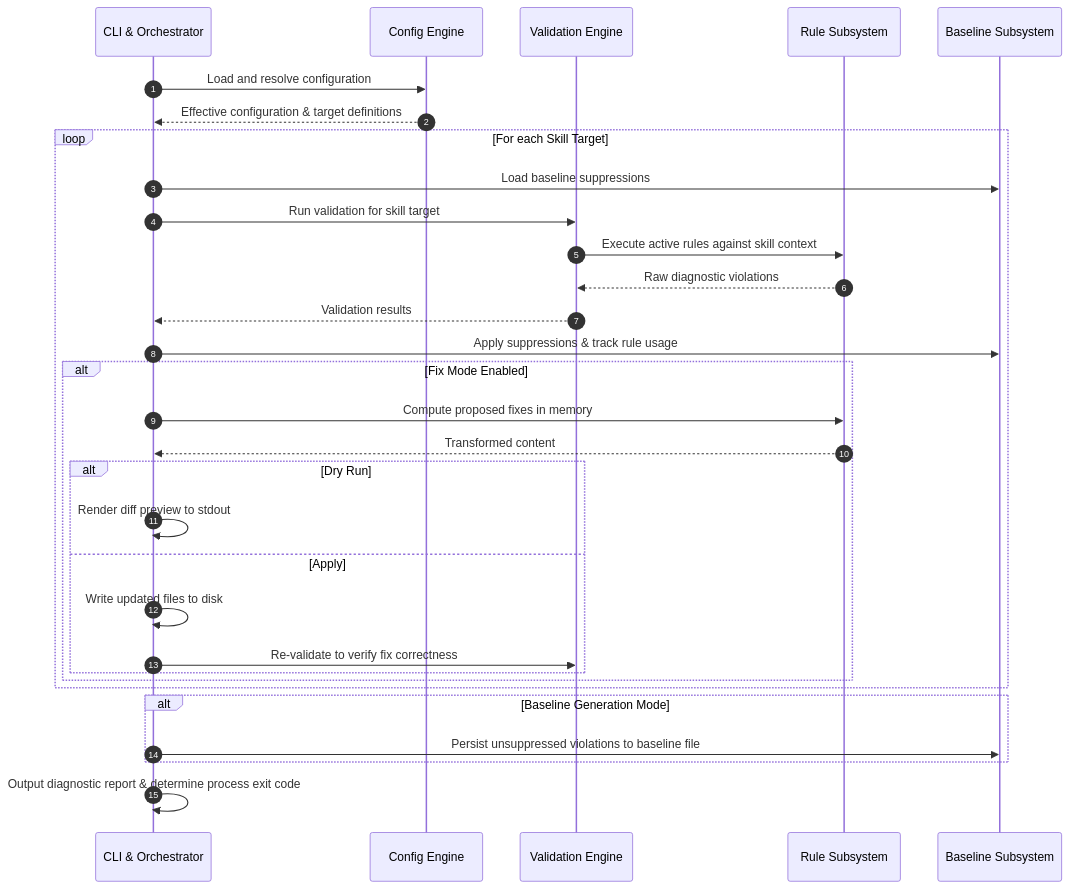
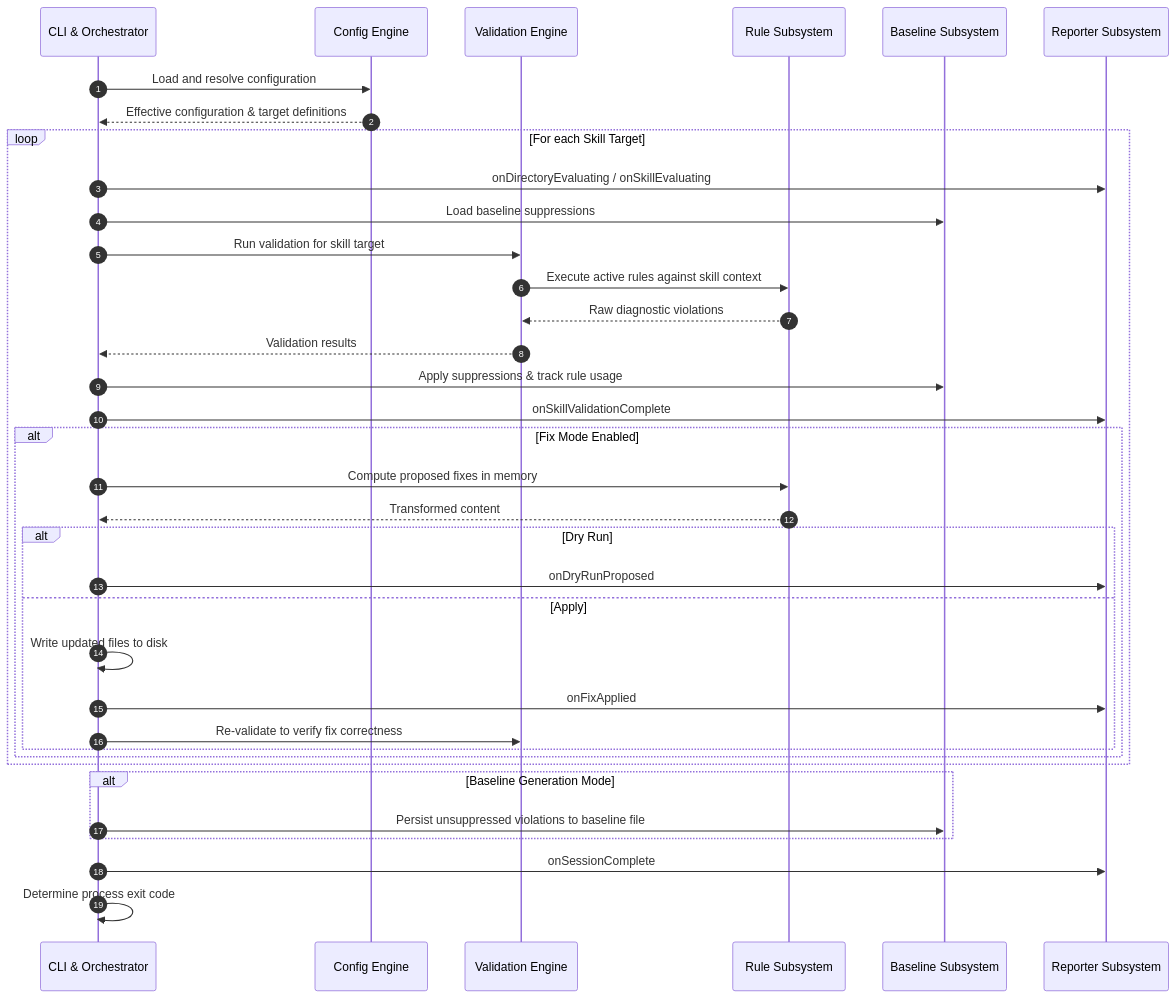
The diagram in packages/skills_lint/documentation/knowledge/architecture_overview.md (google/skills_lint.dart), drawn with Mermaid before and after one commit. The commit also changed other lines of this file and 62 other files, not shown here.

First line of the commit message:
feat(cli): add SARIF 2.1.0 and JSON output formats (--format=sarif|json) (#10) (#28)

````diff
--- a/packages/skills_lint/documentation/knowledge/architecture_overview.md
+++ b/packages/skills_lint/documentation/knowledge/architecture_overview.md
@@ -43,38 +50,43 @@
 ```mermaid
 sequenceDiagram
     autonumber
     participant CLI as CLI & Orchestrator
     participant Config as Config Engine
     participant Engine as Validation Engine
     participant Rules as Rule Subsystem
     participant Baseline as Baseline Subsystem
+    participant Reporter as Reporter Subsystem
 
     CLI->>Config: Load and resolve configuration
     Config-->>CLI: Effective configuration & target definitions
     
     loop For each Skill Target
+        CLI->>Reporter: onDirectoryEvaluating / onSkillEvaluating
         CLI->>Baseline: Load baseline suppressions
         CLI->>Engine: Run validation for skill target
         Engine->>Rules: Execute active rules against skill context
         Rules-->>Engine: Raw diagnostic violations
         Engine-->>CLI: Validation results
         CLI->>Baseline: Apply suppressions & track rule usage
+        CLI->>Reporter: onSkillValidationComplete
         
         alt Fix Mode Enabled
             CLI->>Rules: Compute proposed fixes in memory
             Rules-->>CLI: Transformed content
             alt Dry Run
-                CLI->>CLI: Render diff preview to stdout
+                CLI->>Reporter: onDryRunProposed
             else Apply
                 CLI->>CLI: Write updated files to disk
+                CLI->>Reporter: onFixApplied
                 CLI->>Engine: Re-validate to verify fix correctness
             end
         end
     end
 
     alt Baseline Generation Mode
         CLI->>Baseline: Persist unsuppressed violations to baseline file
     end
 
-    CLI->>CLI: Output diagnostic report & determine process exit code
+    CLI->>Reporter: onSessionComplete
+    CLI->>CLI: Determine process exit code
 ```
````
